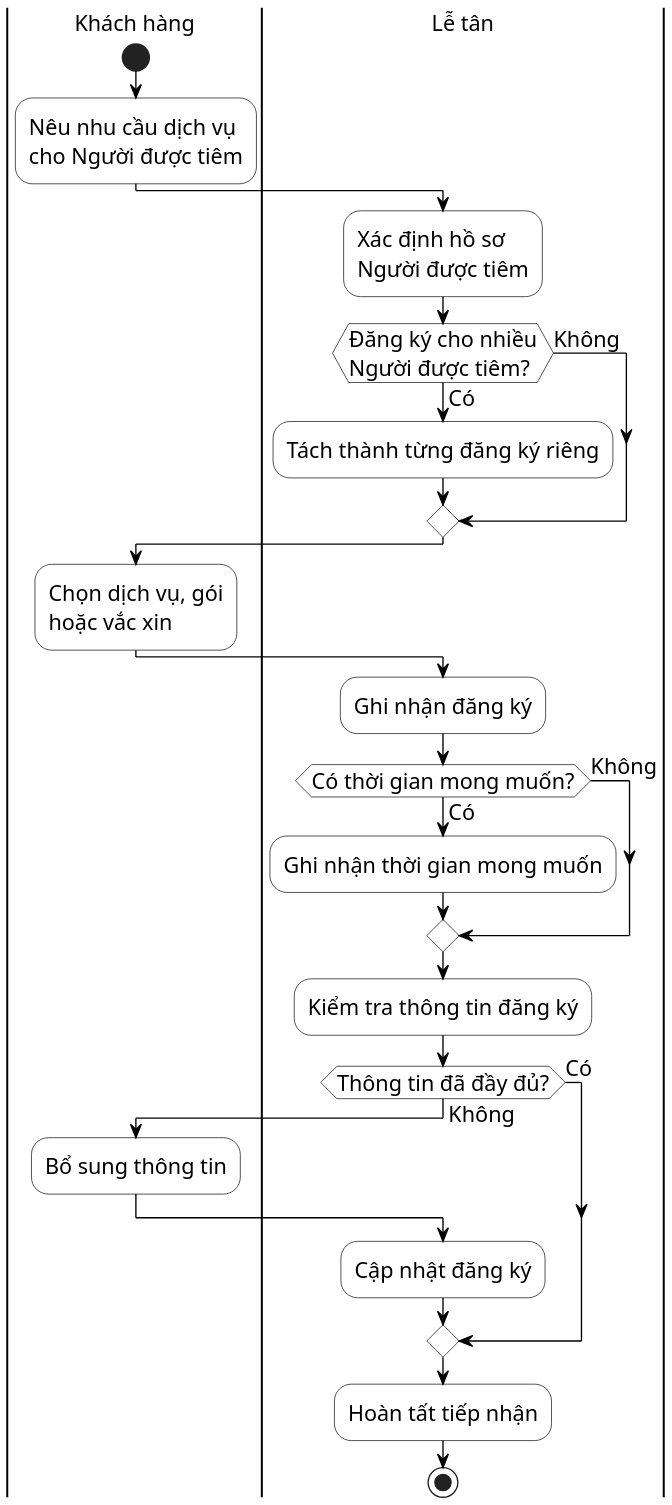
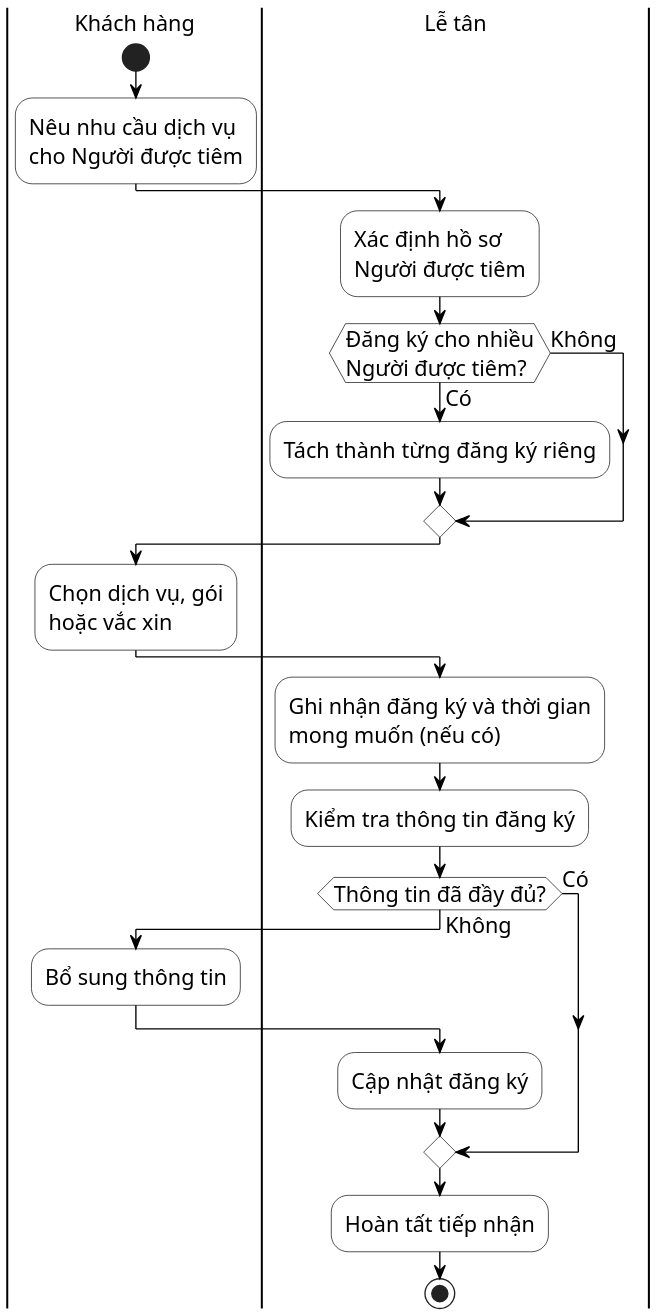
One commit to datngo1203/KLCN-QuanLyTiemChung changed the diagram in docs/thesis/uml/Hinh_2_4_Activity_Dang_Ky_Dich_Vu.puml. Above: the diagram before and after it, drawn with PlantUML. The commit also changed 2 other files, not shown here.

Commit message:
docs: further compact high-density activity diagrams

```diff
--- a/docs/thesis/uml/Hinh_2_4_Activity_Dang_Ky_Dich_Vu.puml
+++ b/docs/thesis/uml/Hinh_2_4_Activity_Dang_Ky_Dich_Vu.puml
@@ -1,49 +1,44 @@
 @startuml
 ' HUIT UML Visual Profile v1 - compact data-aware layout
 skinparam monochrome true
 skinparam shadowing false
 skinparam backgroundColor white
 skinparam defaultFontName "Times New Roman"
 skinparam defaultFontSize 16
 skinparam ArrowColor black
 skinparam ActivityBorderColor black
 skinparam ActivityBackgroundColor white
 skinparam PartitionBorderColor black
 skinparam PartitionBackgroundColor white
 skinparam nodesep 20
 skinparam ranksep 24
 skinparam dpi 180
 
 |Khách hàng|
 start
 :Nêu nhu cầu dịch vụ\ncho Người được tiêm;
 
 |Lễ tân|
 :Xác định hồ sơ\nNgười được tiêm;
 if (Đăng ký cho nhiều\nNgười được tiêm?) then (Có)
   :Tách thành từng đăng ký riêng;
 else (Không)
 endif
 
 |Khách hàng|
 :Chọn dịch vụ, gói\nhoặc vắc xin;
 
 |Lễ tân|
-:Ghi nhận đăng ký;
-if (Có thời gian mong muốn?) then (Có)
-  :Ghi nhận thời gian mong muốn;
-else (Không)
-endif
-
+:Ghi nhận đăng ký và thời gian\nmong muốn (nếu có);
 :Kiểm tra thông tin đăng ký;
 if (Thông tin đã đầy đủ?) then (Có)
 else (Không)
   |Khách hàng|
   :Bổ sung thông tin;
   |Lễ tân|
   :Cập nhật đăng ký;
 endif
 
 :Hoàn tất tiếp nhận;
 stop
 @enduml
```
